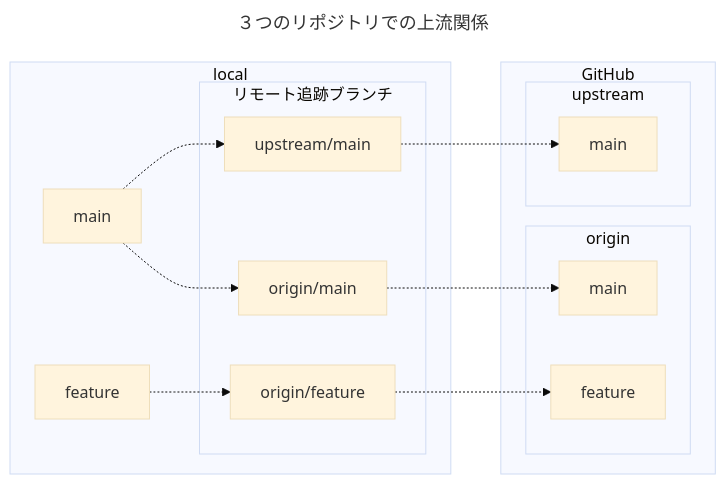
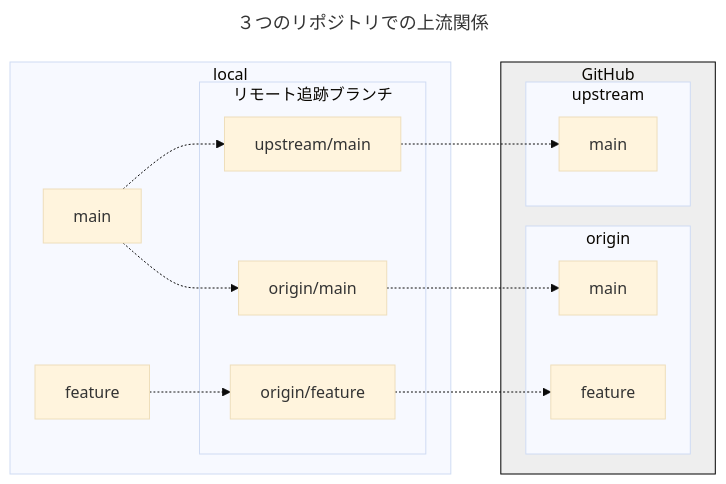
One commit to yo-goto/zenn-public-repo changed the ninth of 10 diagrams in articles/translate-with-gitandgithub.md. Above: the diagram before and after it, drawn with Mermaid (base theme). The commit also changed other lines of this file, not shown here.

Commit message:
💡 update(article): mermaidのグラフを更新

````diff
--- a/articles/translate-with-gitandgithub.md
+++ b/articles/translate-with-gitandgithub.md
@@ -605,27 +605,28 @@
 ```mermaid
 ---
 title: ３つのリポジトリでの上流関係
 ---
 graph LR
   subgraph local
     subgraph リモート追跡ブランチ
       A1[origin/main]
       AA1[upstream/main]
       B1[origin/feature]
     end
     A0[main] -.-> A1 & AA1
     B0[feature] -.-> B1
   end
   subgraph GitHub
     subgraph origin
       A2[main]
       B2[feature]
     end
     A1 -.-> A2
     B1 -.-> B2
     subgraph upstream
       AA2[main]
     end
   end
   AA1 -.-> AA2
+  style GitHub fill:#eee, stroke:#000
 ```
````
